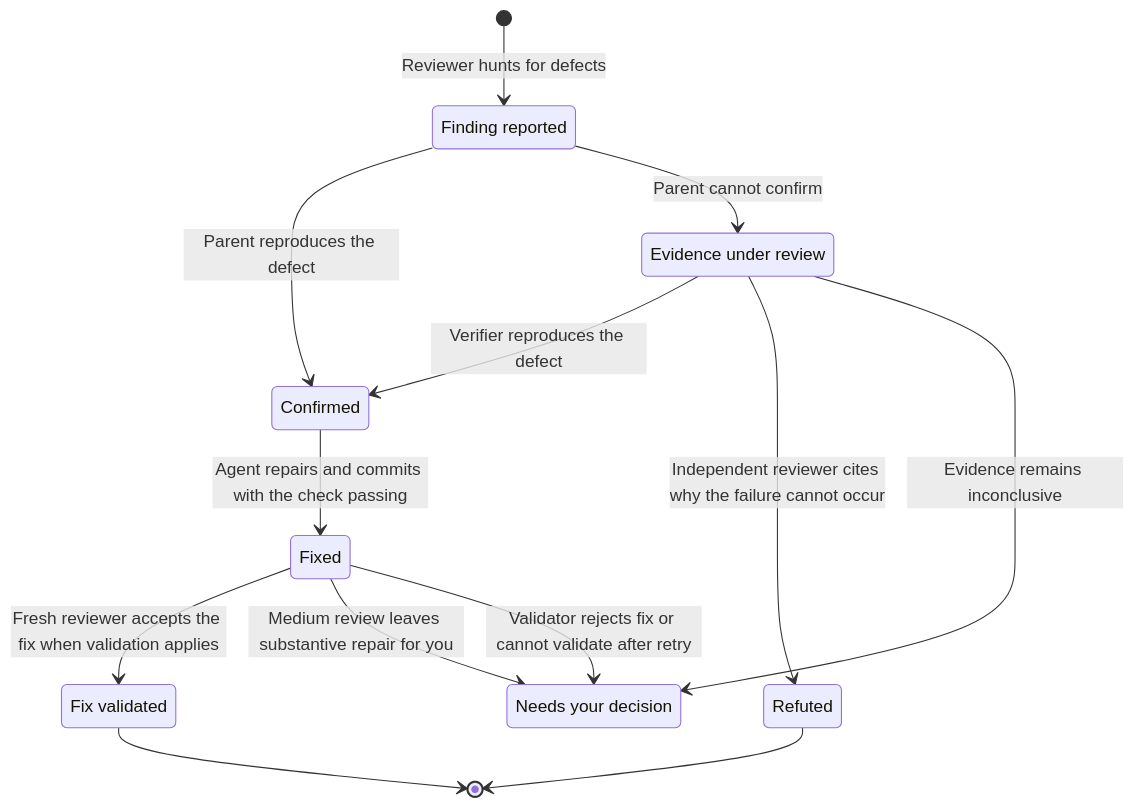
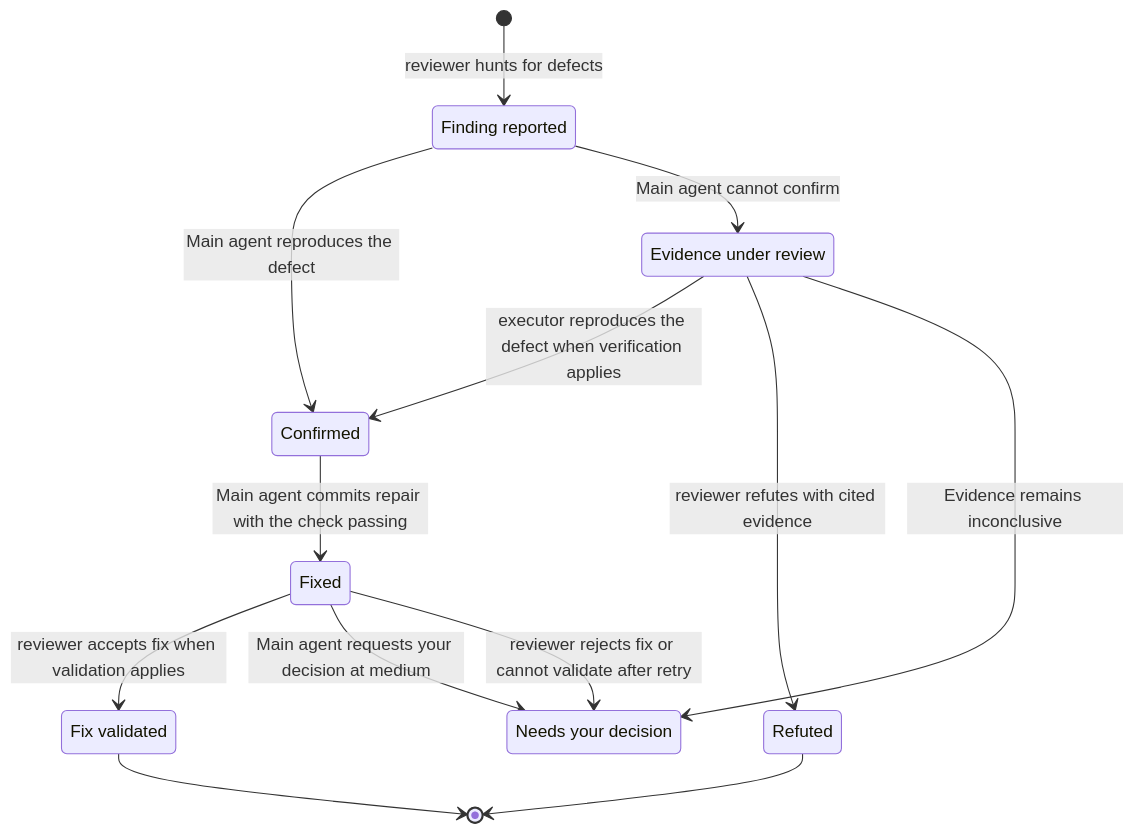
One commit to jvillegasd/harness changed the diagram in docs/subagents.md. Above: the diagram before and after it, drawn with Mermaid. The commit also changed other lines of this file, not shown here.

Commit message:
docs: use canonical review role names

````diff
--- a/docs/subagents.md
+++ b/docs/subagents.md
@@ -35,23 +35,23 @@
 ```mermaid
 stateDiagram-v2
     state "Finding reported" as Reported
     state "Evidence under review" as Evidence
     state "Confirmed" as Confirmed
     state "Refuted" as Refuted
     state "Fixed" as Fixed
     state "Fix validated" as Validated
     state "Needs your decision" as Decision
 
-    [*] --> Reported: Reviewer hunts for defects
-    Reported --> Confirmed: Parent reproduces the defect
-    Reported --> Evidence: Parent cannot confirm
-    Evidence --> Confirmed: Verifier reproduces the defect
-    Evidence --> Refuted: Independent reviewer cites why the failure cannot occur
+    [*] --> Reported: reviewer hunts for defects
+    Reported --> Confirmed: Main agent reproduces the defect
+    Reported --> Evidence: Main agent cannot confirm
+    Evidence --> Confirmed: executor reproduces the defect when verification applies
+    Evidence --> Refuted: reviewer refutes with cited evidence
     Evidence --> Decision: Evidence remains inconclusive
-    Confirmed --> Fixed: Agent repairs and commits with the check passing
-    Fixed --> Validated: Fresh reviewer accepts the fix when validation applies
-    Fixed --> Decision: Medium review leaves substantive repair for you
-    Fixed --> Decision: Validator rejects fix or cannot validate after retry
+    Confirmed --> Fixed: Main agent commits repair with the check passing
+    Fixed --> Validated: reviewer accepts fix when validation applies
+    Fixed --> Decision: Main agent requests your decision at medium
+    Fixed --> Decision: reviewer rejects fix or cannot validate after retry
     Validated --> [*]
     Refuted --> [*]
 ```
````
